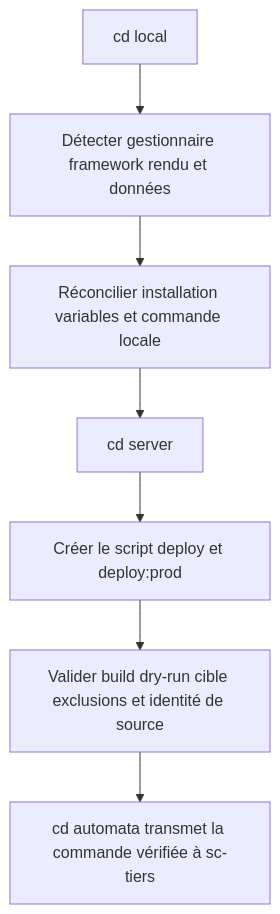
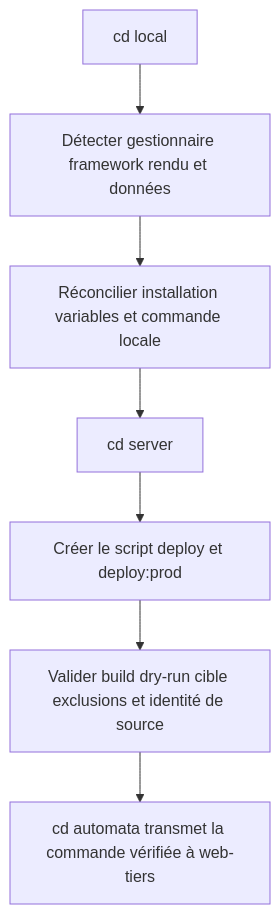
Before and after one commit to RebelliousSmile/aidd-claude-custom: the first of 2 diagrams in aidd_docs/tasks/2026_08/2026_08_28-sc-cd-livraison-multistack/phase-3.md, drawn with Mermaid. The commit also changed other lines of this file and 199 other files, not shown here.

Commit message:
feat-marketplace-rename-web-tiers-and-consolidate-pdf

````diff
--- a/aidd_docs/tasks/2026_08/2026_08_28-sc-cd-livraison-multistack/phase-3.md
+++ b/aidd_docs/tasks/2026_08/2026_08_28-sc-cd-livraison-multistack/phase-3.md
@@ -29,9 +29,9 @@
 ```mermaid
 flowchart TD
   A[cd local] --> B[Détecter gestionnaire framework rendu et données]
   B --> C[Réconcilier installation variables et commande locale]
   C --> D[cd server]
   D --> E[Créer le script deploy et deploy:prod]
   E --> F[Valider build dry-run cible exclusions et identité de source]
-  F --> G[cd automata transmet la commande vérifiée à sc-tiers]
+  F --> G[cd automata transmet la commande vérifiée à web-tiers]
 ```
````
